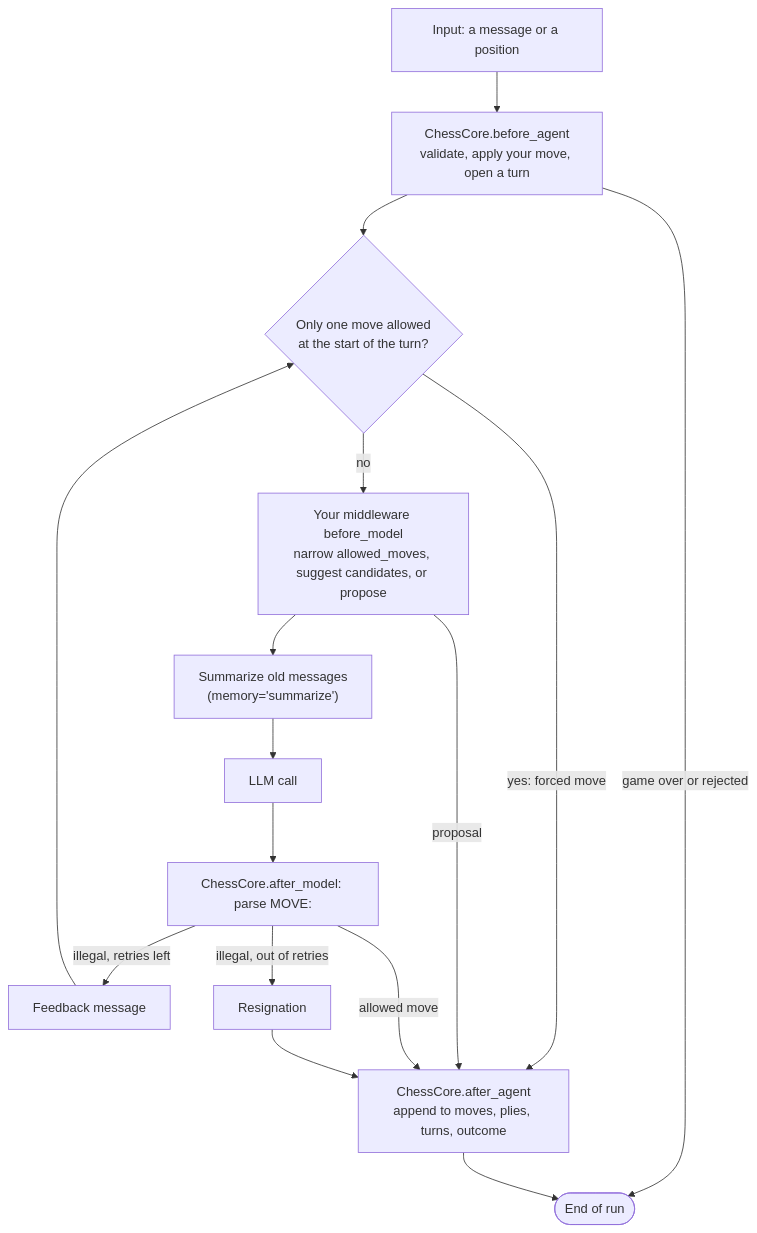
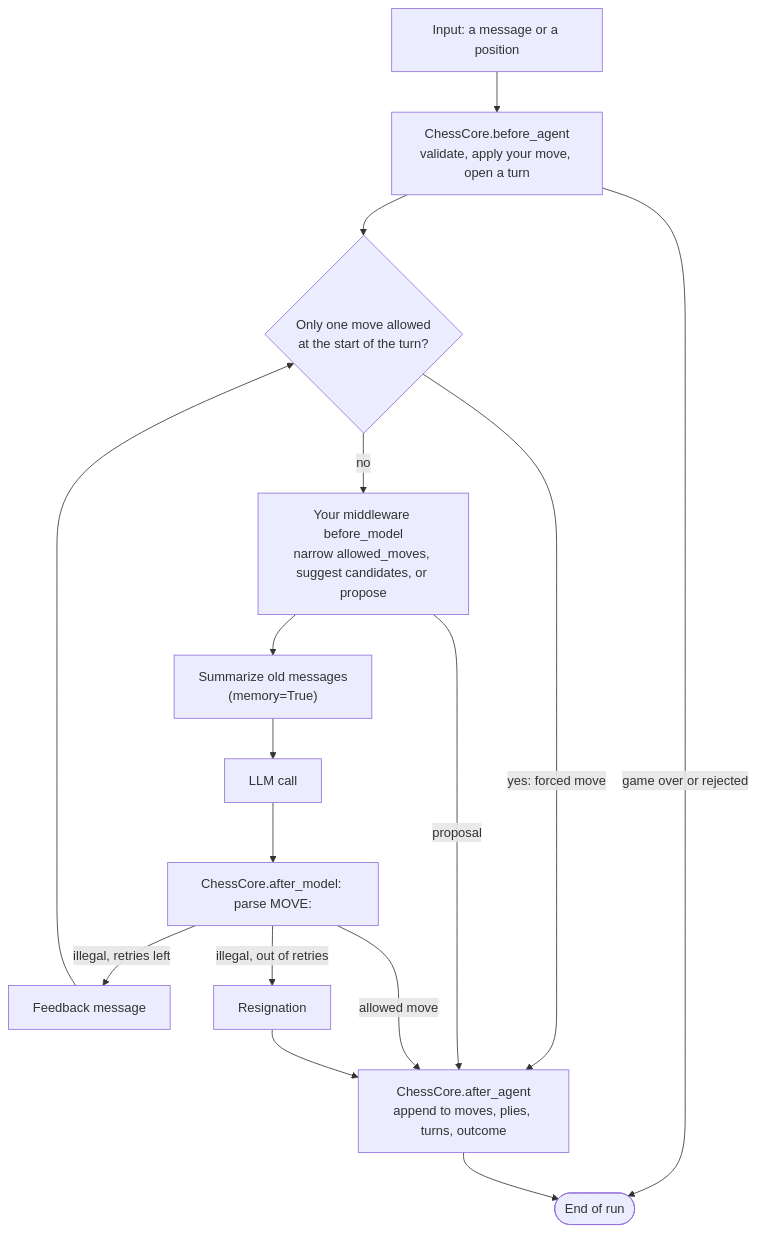
Before and after one commit to darieldatoon/langchain-chess: the diagram in libs/chess/README.md, drawn with Mermaid. The commit also changed other lines of this file and 64 other files, not shown here.

````diff
--- a/libs/chess/README.md
+++ b/libs/chess/README.md
@@ -75,16 +75,16 @@
 ```mermaid
 flowchart TD
   input["Input: a message or a position"] --> sync["ChessCore.before_agent<br/>validate, apply your move, open a turn"]
   sync -->|game over or rejected| done
   sync --> forced{"Only one move allowed<br/>at the start of the turn?"}
   forced -->|yes: forced move| finalize
   forced -->|no| ext["Your middleware before_model<br/>narrow allowed_moves, suggest candidates, or propose"]
   ext -->|proposal| finalize
-  ext --> summarize["Summarize old messages<br/>(memory='summarize')"]
+  ext --> summarize["Summarize old messages<br/>(memory=True)"]
   summarize --> llm["LLM call"]
   llm --> parse["ChessCore.after_model: parse MOVE:"]
   parse -->|allowed move| finalize
   parse -->|illegal, retries left| feedback["Feedback message"] --> forced
   parse -->|illegal, out of retries| resign["Resignation"] --> finalize
   finalize["ChessCore.after_agent<br/>append to moves, plies, turns, outcome"] --> done([End of run])
 ```
````
